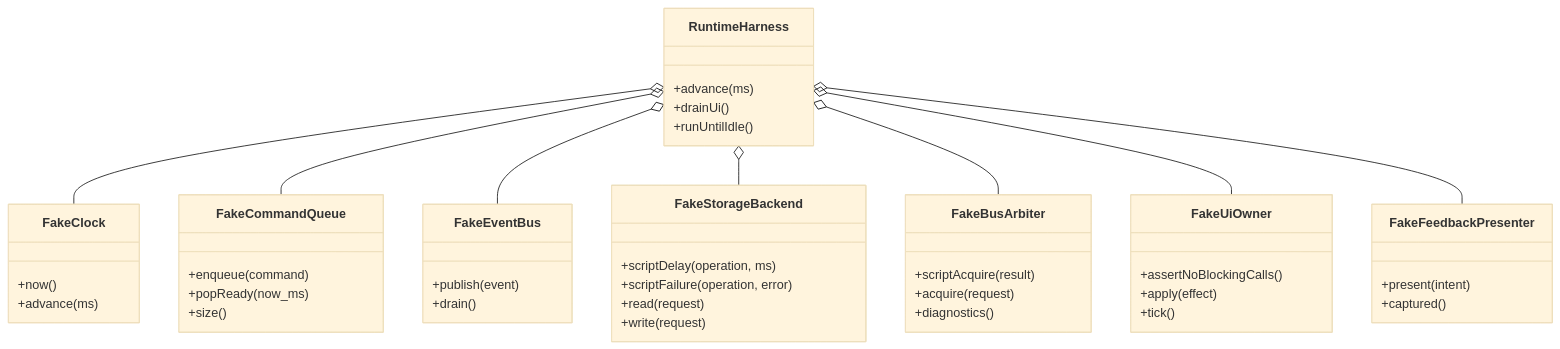
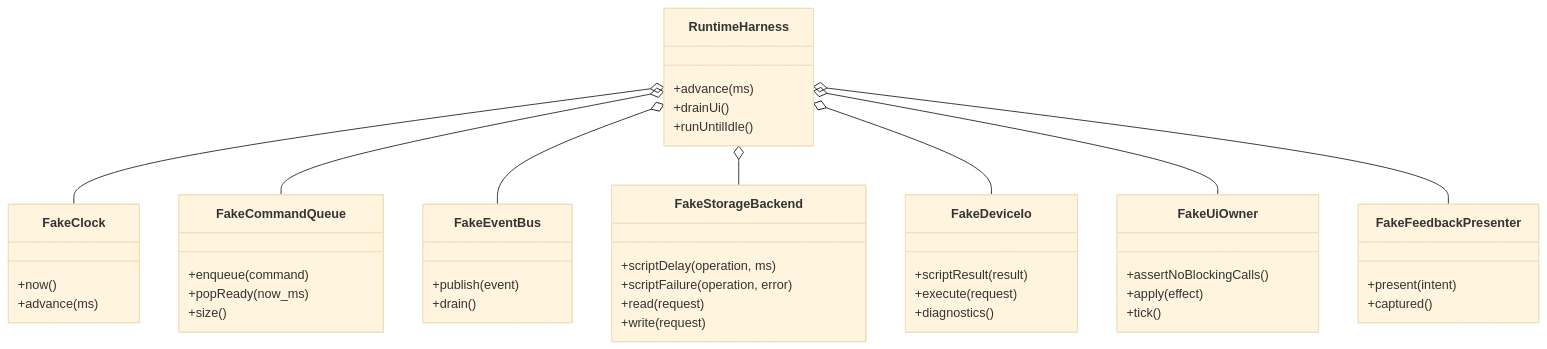
Before and after one commit to manmuqingshan/trail-mate: diagram 20 of 23 in docs/specification/UI_STORAGE_EVENT_RUNTIME_DESIGN_SPEC.md, drawn with Mermaid (base theme). The commit also changed other lines of this file and 95 other files, not shown here.

````diff
--- a/docs/specification/UI_STORAGE_EVENT_RUNTIME_DESIGN_SPEC.md
+++ b/docs/specification/UI_STORAGE_EVENT_RUNTIME_DESIGN_SPEC.md
@@ -1628,56 +1093,56 @@
 ```mermaid
 classDiagram
   class RuntimeHarness {
     +advance(ms)
     +drainUi()
     +runUntilIdle()
   }
 
   class FakeClock {
     +now()
     +advance(ms)
   }
 
   class FakeCommandQueue {
     +enqueue(command)
     +popReady(now_ms)
     +size()
   }
 
   class FakeEventBus {
     +publish(event)
     +drain()
   }
 
   class FakeStorageBackend {
     +scriptDelay(operation, ms)
     +scriptFailure(operation, error)
     +read(request)
     +write(request)
   }
 
-  class FakeBusArbiter {
-    +scriptAcquire(result)
-    +acquire(request)
+  class FakeDeviceIo {
+    +scriptResult(result)
+    +execute(request)
     +diagnostics()
   }
 
   class FakeUiOwner {
     +assertNoBlockingCalls()
     +apply(effect)
     +tick()
   }
 
   class FakeFeedbackPresenter {
     +present(intent)
     +captured()
   }
 
   RuntimeHarness o-- FakeClock
   RuntimeHarness o-- FakeCommandQueue
   RuntimeHarness o-- FakeEventBus
   RuntimeHarness o-- FakeStorageBackend
-  RuntimeHarness o-- FakeBusArbiter
+  RuntimeHarness o-- FakeDeviceIo
   RuntimeHarness o-- FakeUiOwner
   RuntimeHarness o-- FakeFeedbackPresenter
 ```
````
